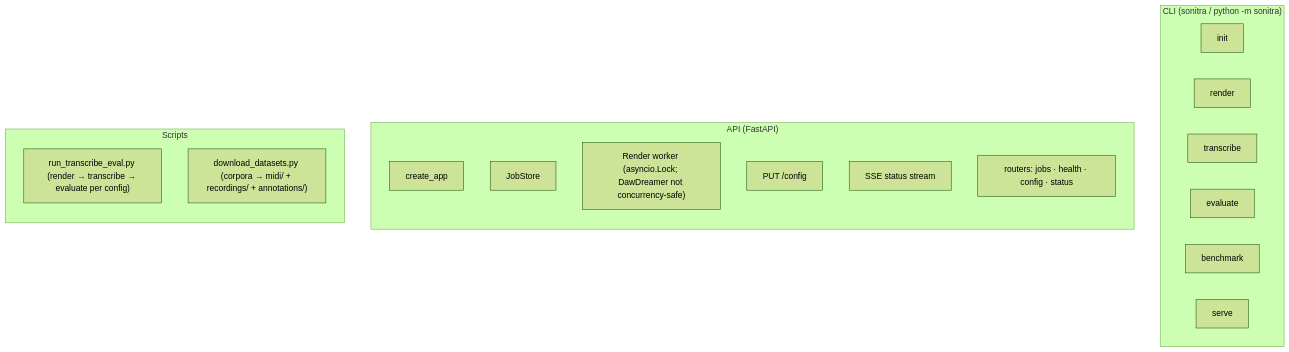
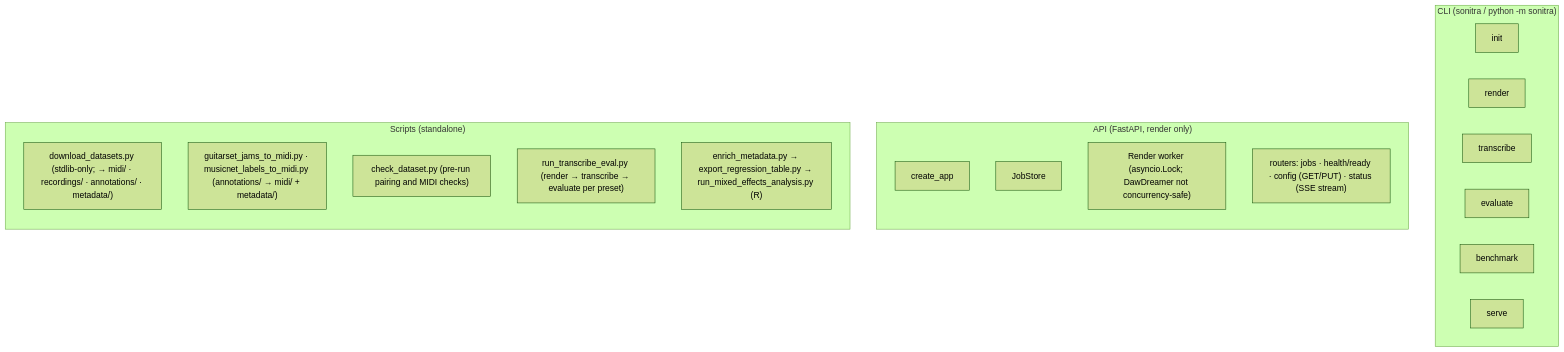
One commit to dadmaan/sonitra changed the eighth of 10 diagrams in ARCHITECTURE.md. Above: the diagram before and after it, drawn with Mermaid (forest theme). The commit also changed other lines of this file, not shown here.

Commit message:
docs: Update ARCHITECTURE

````diff
--- a/ARCHITECTURE.md
+++ b/ARCHITECTURE.md
@@ -185,28 +209,29 @@
 ```mermaid
 flowchart TB
     subgraph cli["CLI (sonitra / python -m sonitra)"]
         direction LR
         init["init"]
         render["render"]
         tx["transcribe"]
         ev["evaluate"]
         bm["benchmark"]
         serve["serve"]
     end
 
-    subgraph api["API (FastAPI)"]
+    subgraph api["API (FastAPI, render only)"]
         direction TB
         app["create_app"]
         store["JobStore"]
         worker["Render worker (asyncio.Lock; DawDreamer not concurrency-safe)"]
-        cfgapi["PUT /config"]
-        sse["SSE status stream"]
-        routers["routers: jobs · health · config · status"]
+        routers["routers: jobs · health/ready · config (GET/PUT) · status (SSE stream)"]
     end
 
-    subgraph scripts["Scripts"]
+    subgraph scripts["Scripts (standalone)"]
         direction TB
-        batch["run_transcribe_eval.py (render → transcribe → evaluate per config)"]
-        dl["download_datasets.py (corpora → midi/ + recordings/ + annotations/)"]
+        dl["download_datasets.py (stdlib-only; → midi/ · recordings/ · annotations/ · metadata/)"]
+        conv["guitarset_jams_to_midi.py · musicnet_labels_to_midi.py (annotations/ → midi/ + metadata/)"]
+        check["check_dataset.py (pre-run pairing and MIDI checks)"]
+        batch["run_transcribe_eval.py (render → transcribe → evaluate per preset)"]
+        analysis["enrich_metadata.py → export_regression_table.py → run_mixed_effects_analysis.py (R)"]
     end
 ```
````
